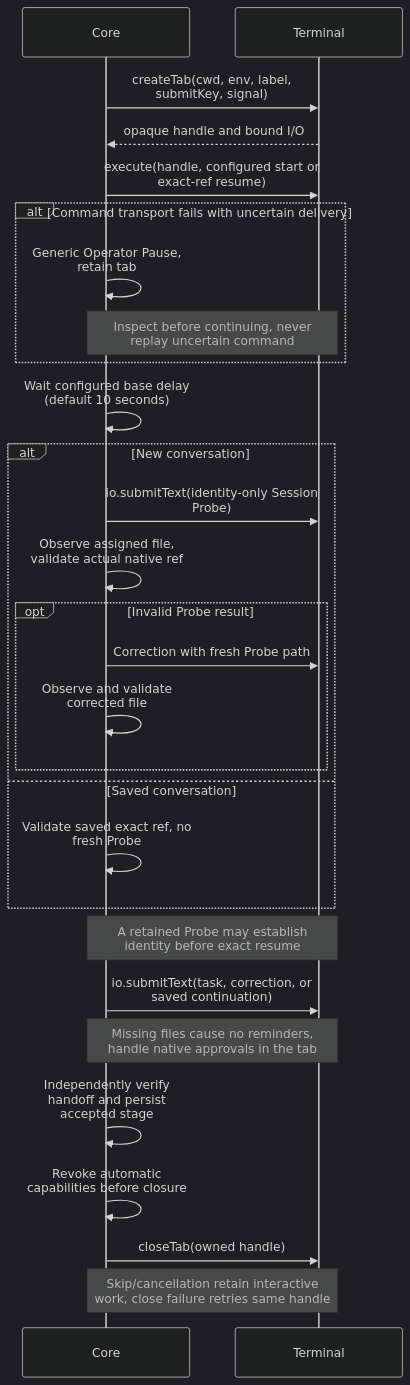
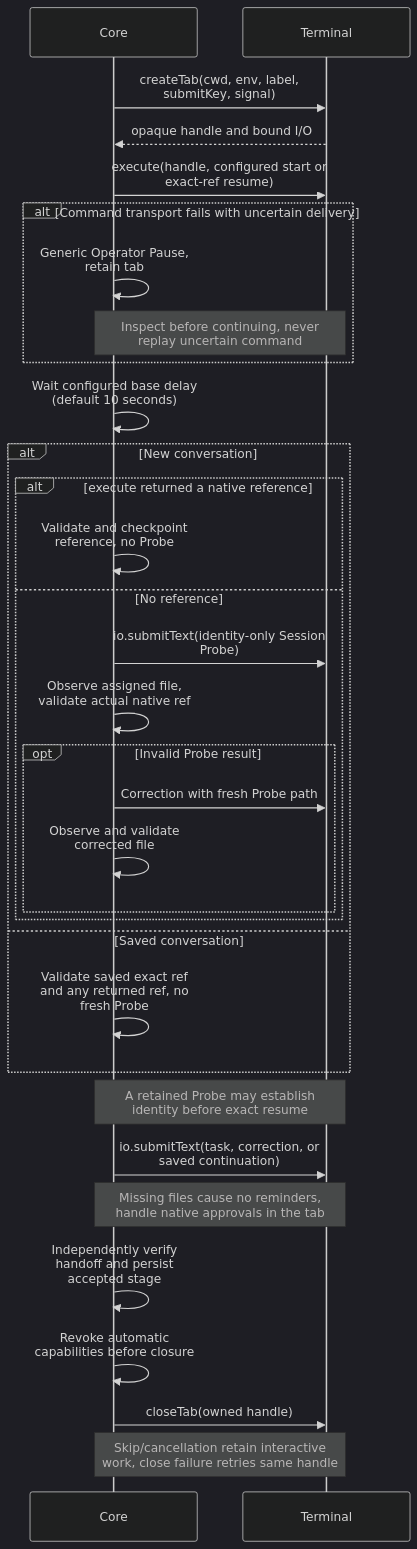
The second of 6 diagrams in docs/terminal-contract.md (BuddyLabsCo/issue-runner-core), drawn with Mermaid (dark theme) before and after one commit. The commit also changed other lines of this file and 10 other files, not shown here.

First line of the commit message:
feat: [issue-437] use terminal startup session references (#449)

````diff
--- a/docs/terminal-contract.md
+++ b/docs/terminal-contract.md
@@ -203,31 +203,35 @@
 ```mermaid
 %%{init: {"sequence": {"width": 220, "wrap": true}}}%%
 sequenceDiagram
     participant Core
     participant Terminal
     Core->>Terminal: createTab(cwd, env, label, submitKey, signal)
     Terminal-->>Core: opaque handle and bound I/O
     Core->>Terminal: execute(handle, configured start or exact-ref resume)
     alt Command transport fails with uncertain delivery
         Core->>Core: Generic Operator Pause, retain tab
         Note over Core,Terminal: Inspect before continuing, never replay uncertain command
     end
     Core->>Core: Wait configured base delay (default 10 seconds)
     alt New conversation
-        Core->>Terminal: io.submitText(identity-only Session Probe)
-        Core->>Core: Observe assigned file, validate actual native ref
-        opt Invalid Probe result
-            Core->>Terminal: Correction with fresh Probe path
-            Core->>Core: Observe and validate corrected file
+        alt execute returned a native reference
+            Core->>Core: Validate and checkpoint reference, no Probe
+        else No reference
+            Core->>Terminal: io.submitText(identity-only Session Probe)
+            Core->>Core: Observe assigned file, validate actual native ref
+            opt Invalid Probe result
+                Core->>Terminal: Correction with fresh Probe path
+                Core->>Core: Observe and validate corrected file
+            end
         end
     else Saved conversation
-        Core->>Core: Validate saved exact ref, no fresh Probe
+        Core->>Core: Validate saved exact ref and any returned ref, no fresh Probe
     end
     Note over Core,Terminal: A retained Probe may establish identity before exact resume
     Core->>Terminal: io.submitText(task, correction, or saved continuation)
     Note over Core,Terminal: Missing files cause no reminders, handle native approvals in the tab
     Core->>Core: Independently verify handoff and persist accepted stage
     Core->>Core: Revoke automatic capabilities before closure
     Core->>Terminal: closeTab(owned handle)
     Note over Core,Terminal: Skip/cancellation retain interactive work, close failure retries same handle
 ```
````
